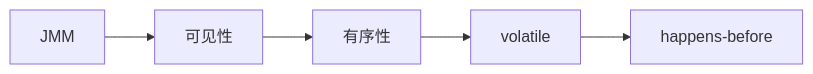
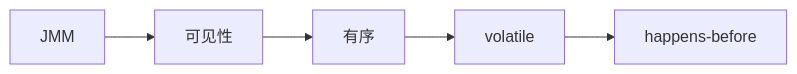
One commit to tghrxxxyyy/knowledge-base changed the diagram in 基础知识/编程语言/Java 内存模型 JMM.md. Above: the diagram before and after it, drawn with Mermaid. The commit also changed other lines of this file and 385 other files, not shown here.

````diff
--- a/基础知识/编程语言/Java 内存模型 JMM.md
+++ b/基础知识/编程语言/Java 内存模型 JMM.md
@@ -19,9 +19,9 @@
 ```mermaid
 flowchart LR
     A[JMM]
     B[可见性]
-    C[有序性]
+    C[有序]
     D[volatile]
     E[happens-before]
     A --> B --> C --> D --> E
 ```
````
